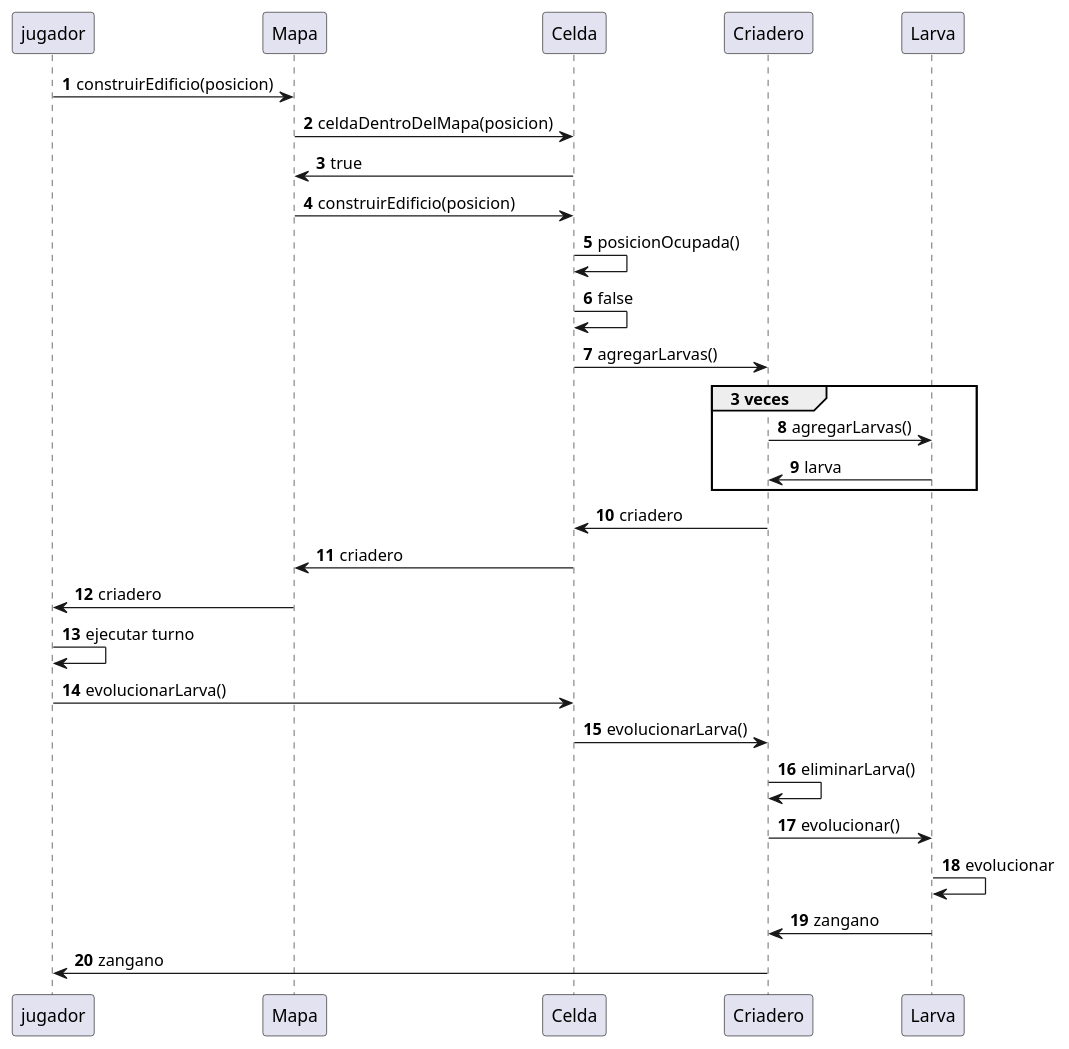
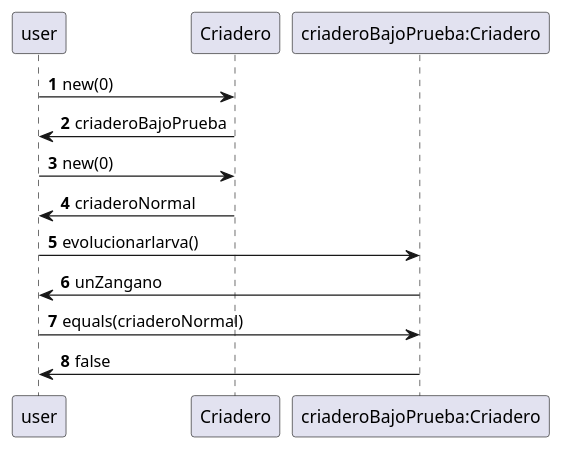
One commit to nicolasgirardi/algo3_TP2_AlgoStar changed the diagram in diagrams/sequences/CasoDeUso1.puml. Above: the diagram before and after it, drawn with PlantUML.

Commit message:
UML caso de uso 1

```diff
--- a/diagrams/sequences/CasoDeUso1.puml
+++ b/diagrams/sequences/CasoDeUso1.puml
@@ -1,27 +1,18 @@
 @startuml
 'https://plantuml.com/sequence-diagram
 
 autonumber
-jugador -> Mapa: construirEdificio(posicion)
-Mapa -> Celda: celdaDentroDelMapa(posicion)
-Celda -> Mapa: true
-Mapa -> Celda: construirEdificio(posicion)
-Celda -> Celda: posicionOcupada()
-Celda -> Celda: false
-Celda -> Criadero: agregarLarvas()
-group 3 veces
-      Criadero -> Larva: agregarLarvas()
-      Larva -> Criadero: larva
-end
-Criadero -> Celda: criadero
-Celda -> Mapa: criadero
-Mapa -> jugador: criadero
-jugador -> jugador: ejecutar turno
-jugador -> Celda: evolucionarLarva()
-Celda -> Criadero: evolucionarLarva()
-Criadero -> Criadero: eliminarLarva()
-Criadero -> Larva: evolucionar()
-Larva -> Larva: evolucionar
-Larva -> Criadero: zangano
-Criadero -> jugador: zangano
+user -> Criadero: new(0)
+Criadero -> user: criaderoBajoPrueba
+
+user -> Criadero: new(0)
+Criadero -> user: criaderoNormal
+
+user -> "criaderoBajoPrueba:Criadero": evolucionarlarva()
+
+"criaderoBajoPrueba:Criadero" -> user: unZangano
+
+user ->  "criaderoBajoPrueba:Criadero": equals(criaderoNormal)
+"criaderoBajoPrueba:Criadero" -> user: false
+
 @enduml
```
